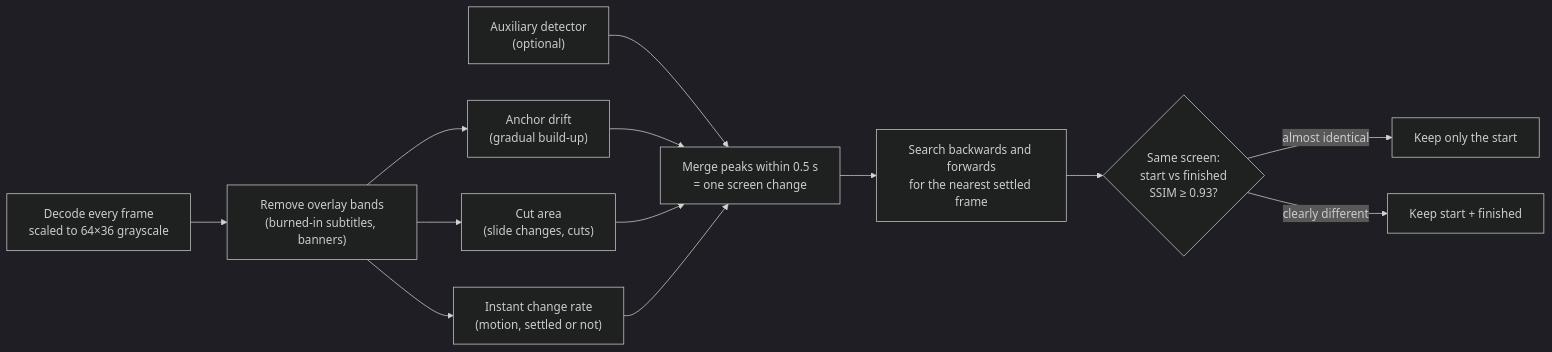
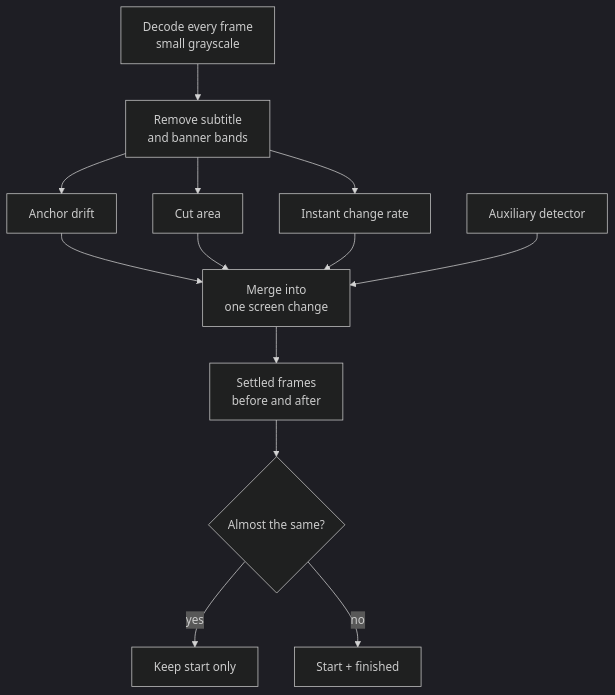
The fifth of 7 diagrams in README.en.md (songyang8964/video-notes), drawn with Mermaid (dark theme) before and after one commit. The commit also changed other lines of this file and 2 other files, not shown here.

Commit message:
README: usage first, short diagram labels, timeline as a table

````diff
--- a/README.en.md
+++ b/README.en.md
@@ -143,13 +366,13 @@
 ```mermaid
-flowchart LR
-    F["Decode every frame<br/>scaled to 64×36 grayscale"] --> B["Remove overlay bands<br/>(burned-in subtitles, banners)"]
-    B --> S1["Anchor drift<br/>(gradual build-up)"]
-    B --> S2["Cut area<br/>(slide changes, cuts)"]
-    B --> S3["Instant change rate<br/>(motion, settled or not)"]
-    AD["Auxiliary detector<br/>(optional)"] --> M
-    S1 & S2 & S3 --> M["Merge peaks within 0.5 s<br/>= one screen change"]
-    M --> E["Search backwards and forwards<br/>for the nearest settled frame"]
-    E --> K{"Same screen:<br/>start vs finished<br/>SSIM ≥ 0.93?"}
-    K -- almost identical --> ONE["Keep only the start"]
-    K -- clearly different --> TWO["Keep start + finished"]
+flowchart TD
+    F["Decode every frame<br/>small grayscale"] --> B["Remove subtitle<br/>and banner bands"]
+    B --> S1["Anchor drift"]
+    B --> S2["Cut area"]
+    B --> S3["Instant change rate"]
+    S1 & S2 & S3 --> M["Merge into<br/>one screen change"]
+    AD["Auxiliary detector"] --> M
+    M --> E["Settled frames<br/>before and after"]
+    E --> K{"Almost the same?"}
+    K -- yes --> ONE["Keep start only"]
+    K -- no --> TWO["Start + finished"]
 ```
````
